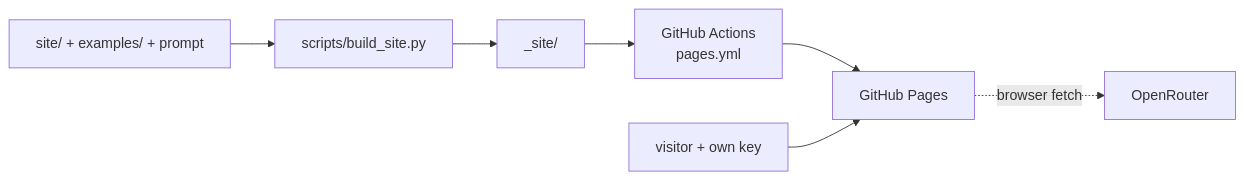
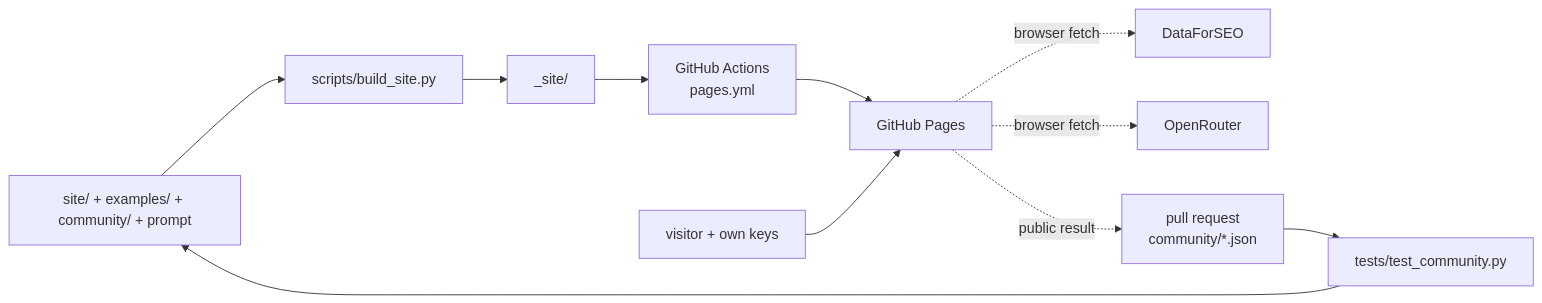
One commit to romek-rozen/intent-labeler changed the diagram in site/README.md. Above: the diagram before and after it, drawn with Mermaid. The commit also changed other lines of this file and 11 other files, not shown here.

Commit message:
feat(site): DataForSEO in the playground, market and language choice, key handling note, public results via pull requests to community/

````diff
--- a/site/README.md
+++ b/site/README.md
@@ -11,9 +20,13 @@
 ```mermaid
 flowchart LR
-    SRC[site/ + examples/ + prompt] --> B[scripts/build_site.py]
+    SRC[site/ + examples/ + community/ + prompt] --> B[scripts/build_site.py]
     B --> OUT[_site/]
     OUT --> GA[GitHub Actions<br/>pages.yml]
     GA --> GP[GitHub Pages]
-    V[visitor + own key] --> GP
+    V[visitor + own keys] --> GP
+    GP -. browser fetch .-> DFS[DataForSEO]
     GP -. browser fetch .-> OR[OpenRouter]
+    GP -. public result .-> PR[pull request<br/>community/*.json]
+    PR --> CI[tests/test_community.py]
+    CI --> SRC
 ```
````
